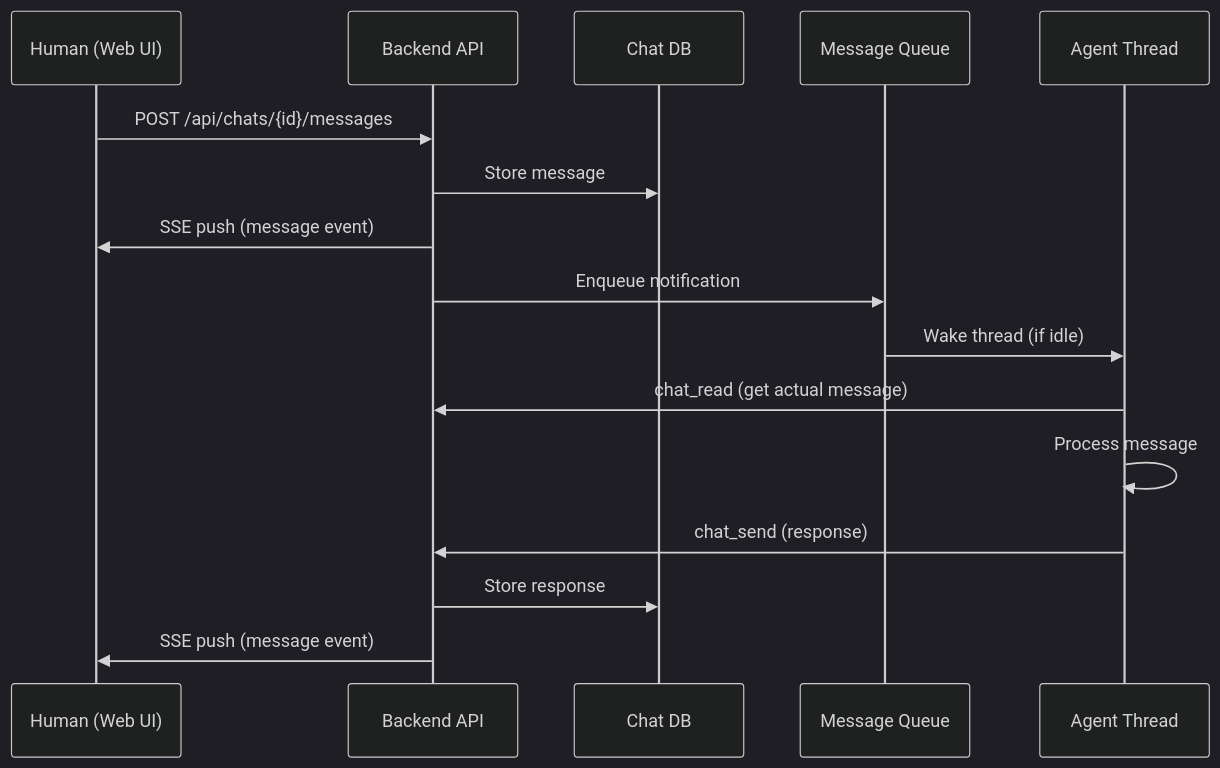
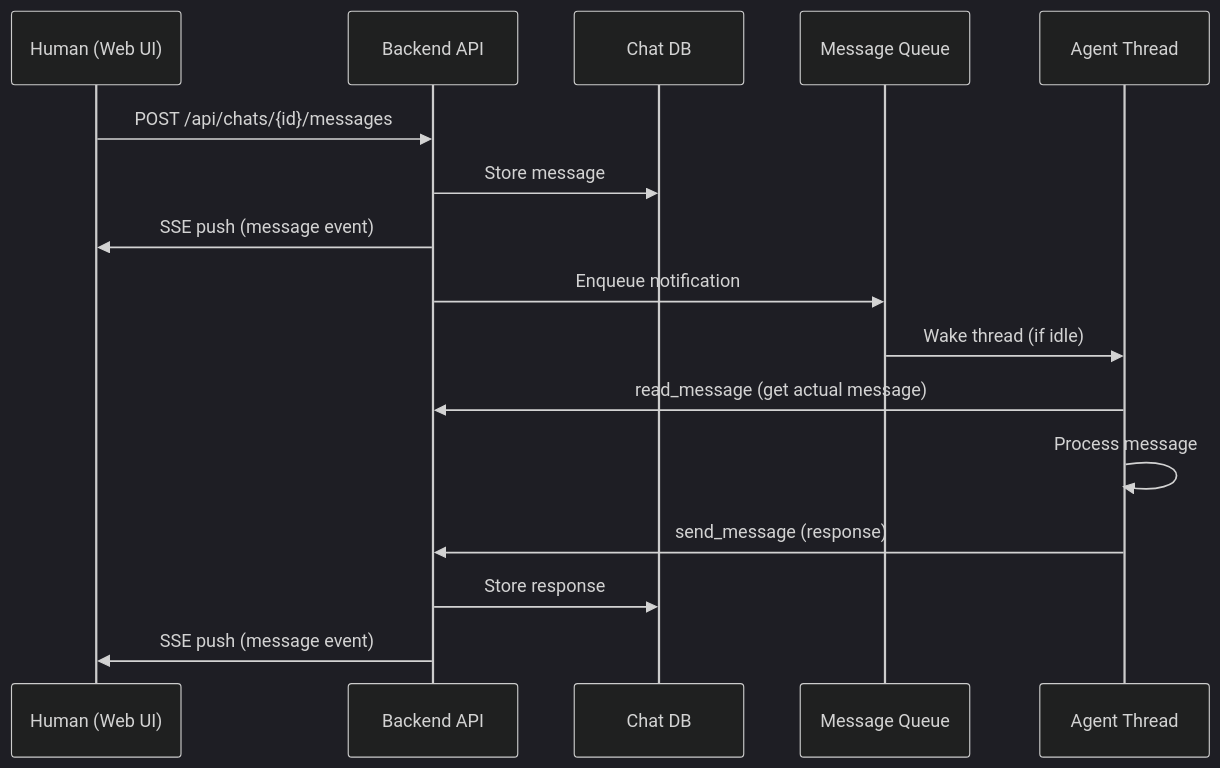
The second of 2 diagrams in docs/en/multi-agent-chat.mdx (OpenDCAI/Mycel), drawn with Mermaid (dark theme) before and after one commit. The commit also changed other lines of this file and 28 other files, not shown here.

````diff
--- a/docs/en/multi-agent-chat.mdx
+++ b/docs/en/multi-agent-chat.mdx
@@ -114,19 +114,19 @@
 ```mermaid
 sequenceDiagram
     participant H as Human (Web UI)
     participant API as Backend API
     participant DB as Chat DB
     participant Q as Message Queue
     participant T as Agent Thread
 
     H->>API: POST /api/chats/{id}/messages
     API->>DB: Store message
     API->>H: SSE push (message event)
     API->>Q: Enqueue notification
     Q->>T: Wake thread (if idle)
-    T->>API: chat_read (get actual message)
+    T->>API: read_message (get actual message)
     T->>T: Process message
-    T->>API: chat_send (response)
+    T->>API: send_message (response)
     API->>DB: Store response
     API->>H: SSE push (message event)
 ```
````
